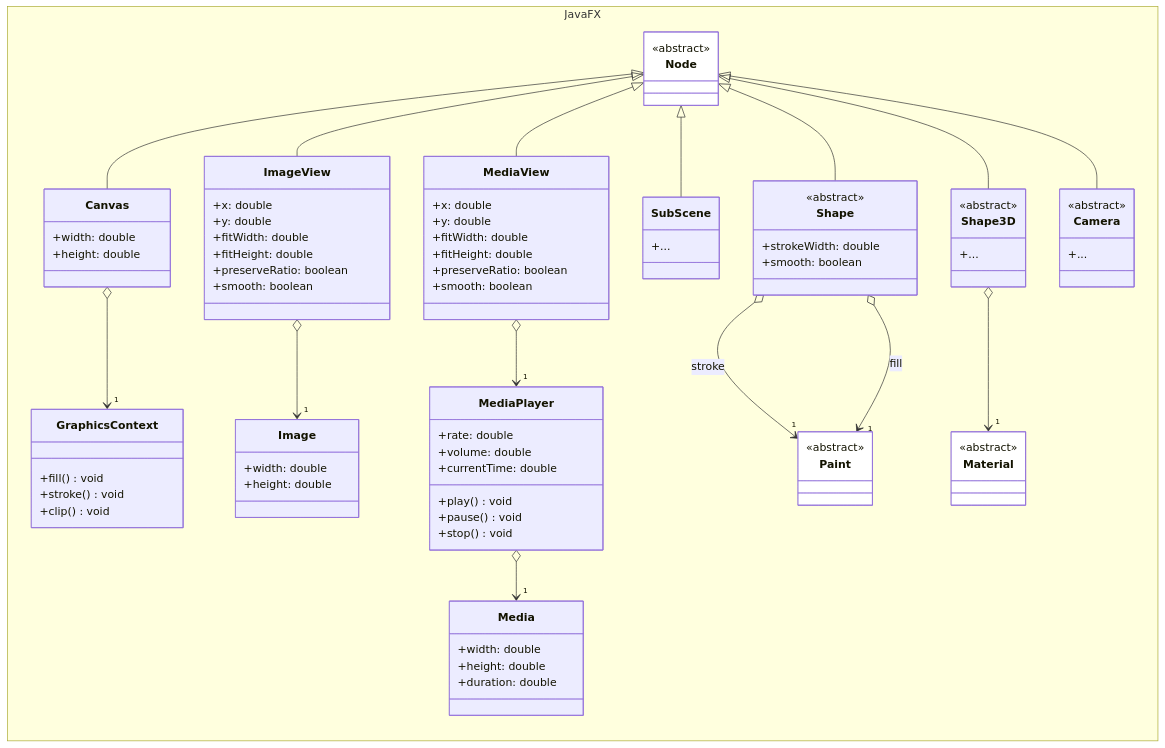
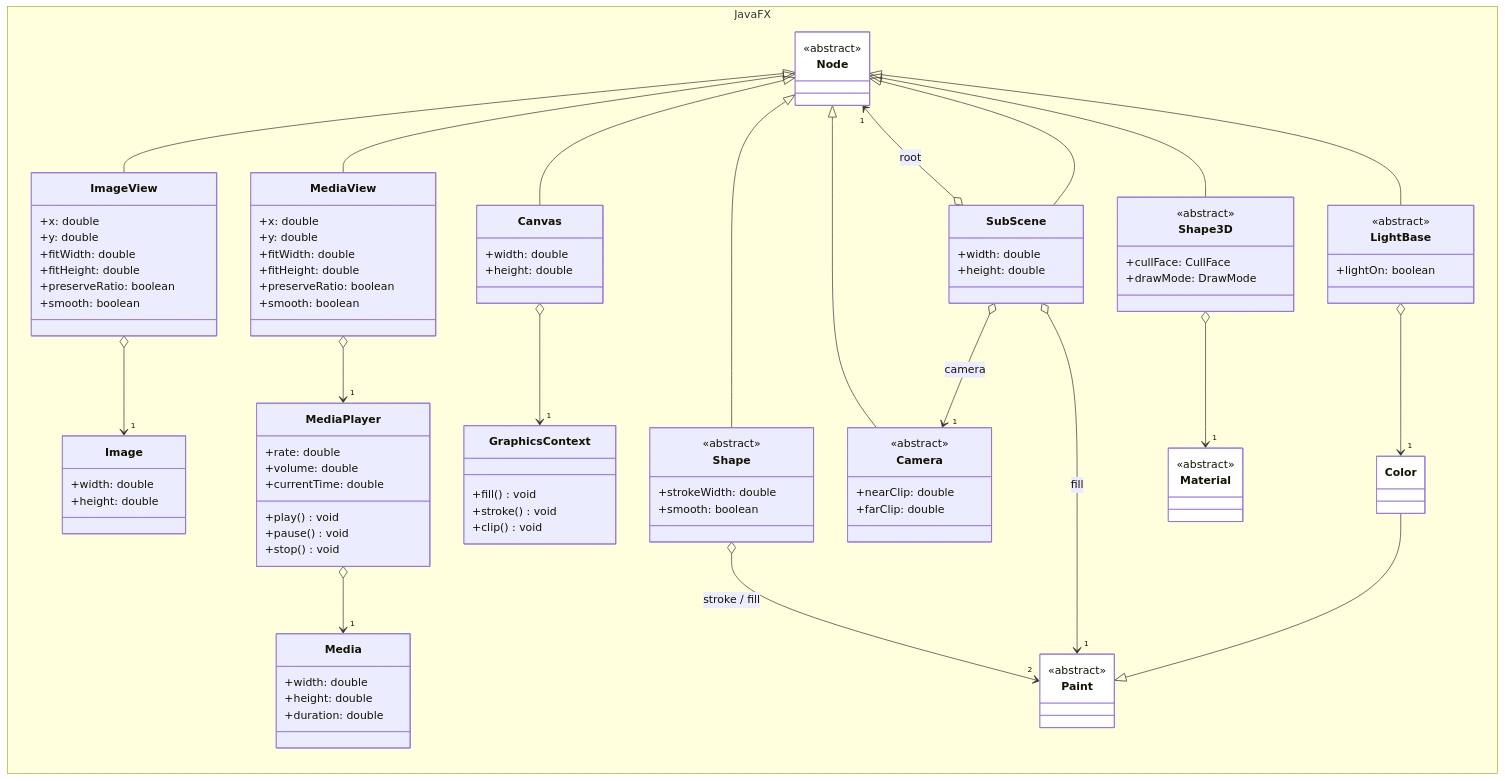
Before and after one commit to ghackenberg/kurs-java-programmierung: the diagram in Grafiken/JavaFX/Node.mmd, drawn with Mermaid. The commit also changed 12 other files, not shown here.

```diff
--- a/Grafiken/JavaFX/Node.mmd
+++ b/Grafiken/JavaFX/Node.mmd
@@ -1,119 +1,141 @@
 classDiagram
 
     direction LR
 
     namespace JavaFX {
         
         class Node {
             <<abstract>>
         }
 
         class ImageView {
             +x: double
             +y: double
             +fitWidth: double
             +fitHeight: double
             +preserveRatio: boolean
             +smooth: boolean
         }
 
         class MediaView {
             +x: double
             +y: double
             +fitWidth: double
             +fitHeight: double
             +preserveRatio: boolean
             +smooth: boolean
         }
 
         class Canvas {
             +width: double
             +height: double
         }
 
         class GraphicsContext {
             +fill() void
             +stroke() void
             +clip() void
         }
 
         class Image {
             +width: double
             +height: double
         }
 
         class MediaPlayer {
             +rate: double
             +volume: double
             +currentTime: double
             +play() void
             +pause() void
             +stop() void
         }
 
         class Media {
             +width: double
             +height: double
             +duration: double
         }
 
         class SubScene {
-            +...
+            +width: double
+            +height: double
         }
 
         class Shape {
             <<abstract>>
             +strokeWidth: double
             +smooth: boolean
         }
 
         class Shape3D {
             <<abstract>>
-            +...
+            +cullFace: CullFace
+            +drawMode: DrawMode
         }
 
         class Camera {
             <<abstract>>
-            +...
+            +nearClip: double
+            +farClip: double
         }
 
         class Paint {
             <<abstract>>
         }
 
         class Material {
             <<abstract>>
         }
 
+        class LightBase {
+            <<abstract>>
+            +lightOn: boolean
+        }
+
+        class Color {
+            
+        }
+
     }
 
     Node <|-- ImageView
 
     Node <|-- MediaView
 
     Node <|-- Canvas
 
-    Node <|-- SubScene
-    
-    Node <|-- Shape
-
-    Node <|-- Shape3D
-
-    Node <|-- Camera
-
     Canvas o-->"1" GraphicsContext
 
     ImageView o-->"1" Image
 
     MediaView o-->"1" MediaPlayer
 
     MediaPlayer o-->"1" Media
+    
+    Node <|-- Shape
 
-    Shape o-->"1" Paint: stroke
-    Shape o-->"1" Paint: fill
+    Shape o-->"2" Paint: stroke / fill
+
+    SubScene o-->"1" Camera: camera
+    SubScene o-->"1" Paint: fill
+
+    Node <|-- Camera
+
+    Node "1"<--o SubScene: root
+    Node <|-- SubScene
+
+    Node <|-- Shape3D
 
     Shape3D o-->"1" Material
 
+    Node <|-- LightBase
+
+    LightBase o-->"1" Color
+
+    Color --|> Paint
+
     style Node fill:white
     style Paint fill:white
+    style Color fill:white
     style Material fill:white
```
